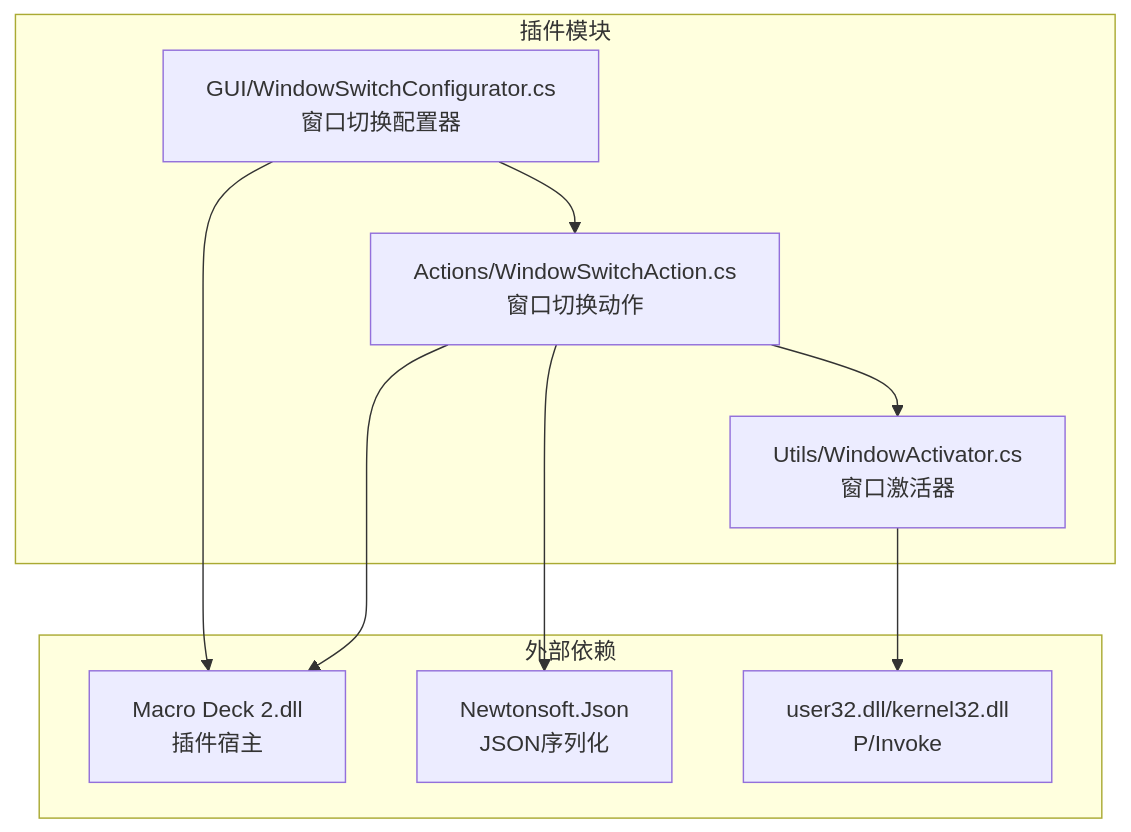
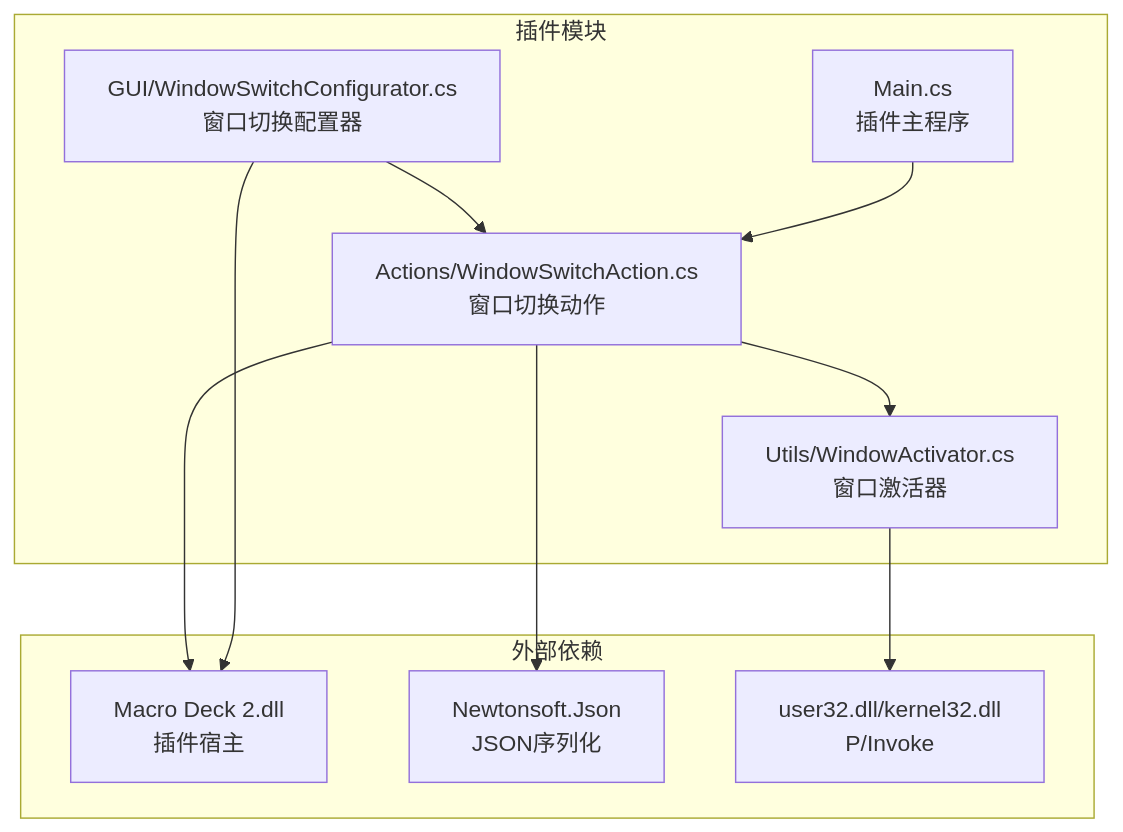
One commit to tea4go/Macro-Deck-Windows-Utils-Plugin changed the first of 4 diagrams in .qoder/repowiki/zh/content/开发者指南/工具函数库/窗口激活器.md. Above: the diagram before and after it, drawn with Mermaid. The commit also changed other lines of this file and 16 other files, not shown here.

````diff
--- a/.qoder/repowiki/zh/content/开发者指南/工具函数库/窗口激活器.md
+++ b/.qoder/repowiki/zh/content/开发者指南/工具函数库/窗口激活器.md
@@ -40,19 +49,21 @@
 ```mermaid
 graph TB
 subgraph "插件模块"
 WA["Utils/WindowActivator.cs<br/>窗口激活器"]
 WSA["Actions/WindowSwitchAction.cs<br/>窗口切换动作"]
 WSC["GUI/WindowSwitchConfigurator.cs<br/>窗口切换配置器"]
+MAIN["Main.cs<br/>插件主程序"]
 end
 subgraph "外部依赖"
 MD["Macro Deck 2.dll<br/>插件宿主"]
 JSON["Newtonsoft.Json<br/>JSON序列化"]
 USR["user32.dll/kernel32.dll<br/>P/Invoke"]
 end
 WSA --> WA
 WSC --> WSA
+MAIN --> WSA
 WA --> USR
 WSA --> MD
 WSC --> MD
 WSA --> JSON
 ```
````
